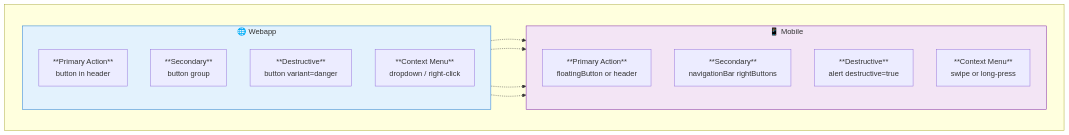
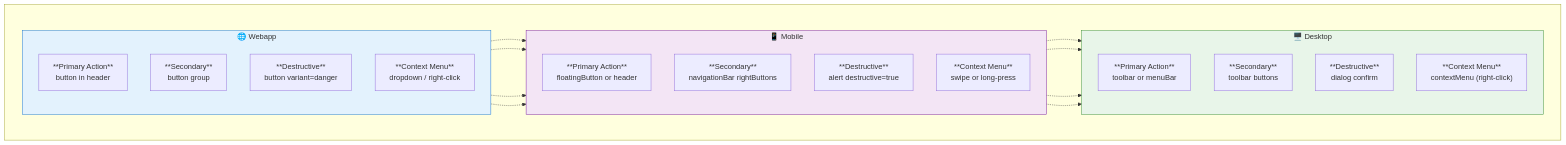
One commit to amolchanov/llm-ui-spec changed the sixth of 12 diagrams in docs/platform-mapping.md. Above: the diagram before and after it, drawn with Mermaid. The commit also changed other lines of this file and 1 other file, not shown here.

First line of the commit message:
Add desktop spec and update platform mapping

````diff
--- a/docs/platform-mapping.md
+++ b/docs/platform-mapping.md
@@ -192,28 +264,40 @@
 ```mermaid
 flowchart TB
     subgraph section[" "]
         direction LR
         subgraph Webapp["🌐 Webapp"]
             direction TB
             W1["**Primary Action**<br/>button in header"]
             W2["**Secondary**<br/>button group"]
             W3["**Destructive**<br/>button variant=danger"]
             W4["**Context Menu**<br/>dropdown / right-click"]
         end
         subgraph Mobile["📱 Mobile"]
             direction TB
             M1["**Primary Action**<br/>floatingButton or header"]
             M2["**Secondary**<br/>navigationBar rightButtons"]
             M3["**Destructive**<br/>alert destructive=true"]
             M4["**Context Menu**<br/>swipe or long-press"]
         end
+        subgraph Desktop["🖥️ Desktop"]
+            direction TB
+            D1["**Primary Action**<br/>toolbar or menuBar"]
+            D2["**Secondary**<br/>toolbar buttons"]
+            D3["**Destructive**<br/>dialog confirm"]
+            D4["**Context Menu**<br/>contextMenu (right-click)"]
+        end
     end
 
     W1 -.-> M1
+    M1 -.-> D1
     W2 -.-> M2
+    M2 -.-> D2
     W3 -.-> M3
+    M3 -.-> D3
     W4 -.-> M4
+    M4 -.-> D4
 
     style Webapp fill:#e3f2fd,stroke:#1976d2
     style Mobile fill:#f3e5f5,stroke:#7b1fa2
+    style Desktop fill:#e8f5e9,stroke:#388e3c
 ```
````
